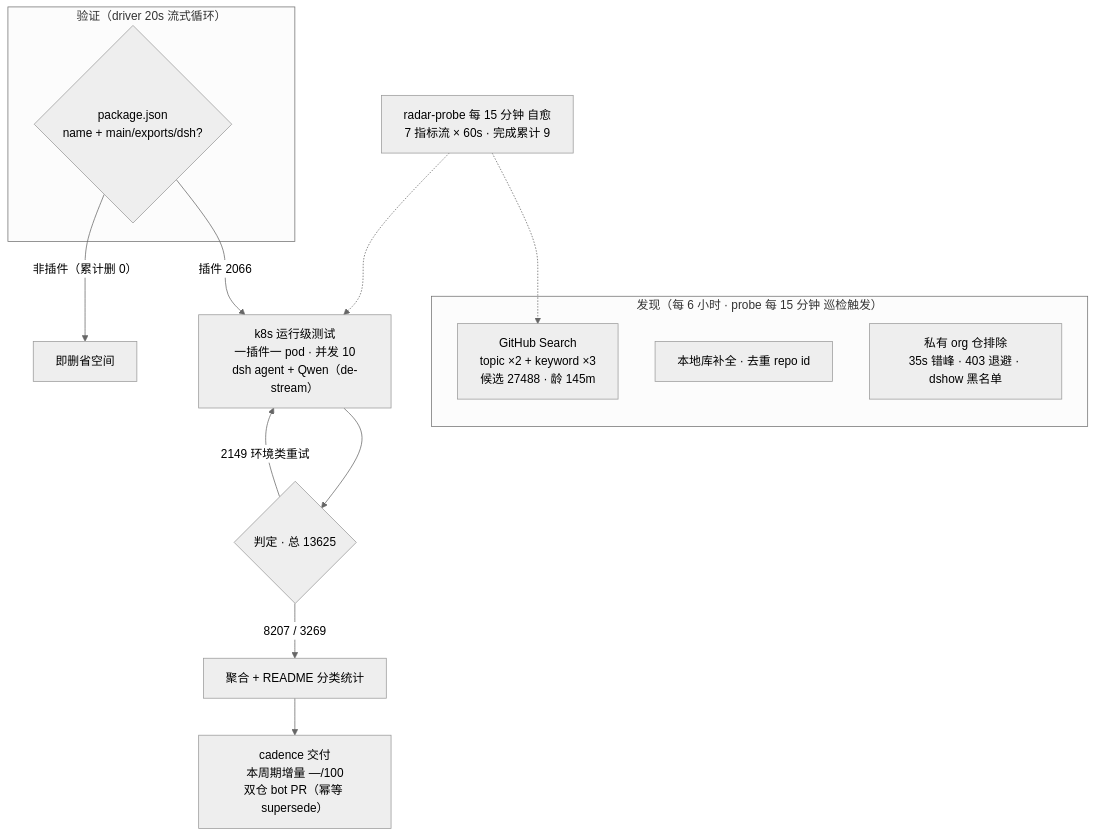
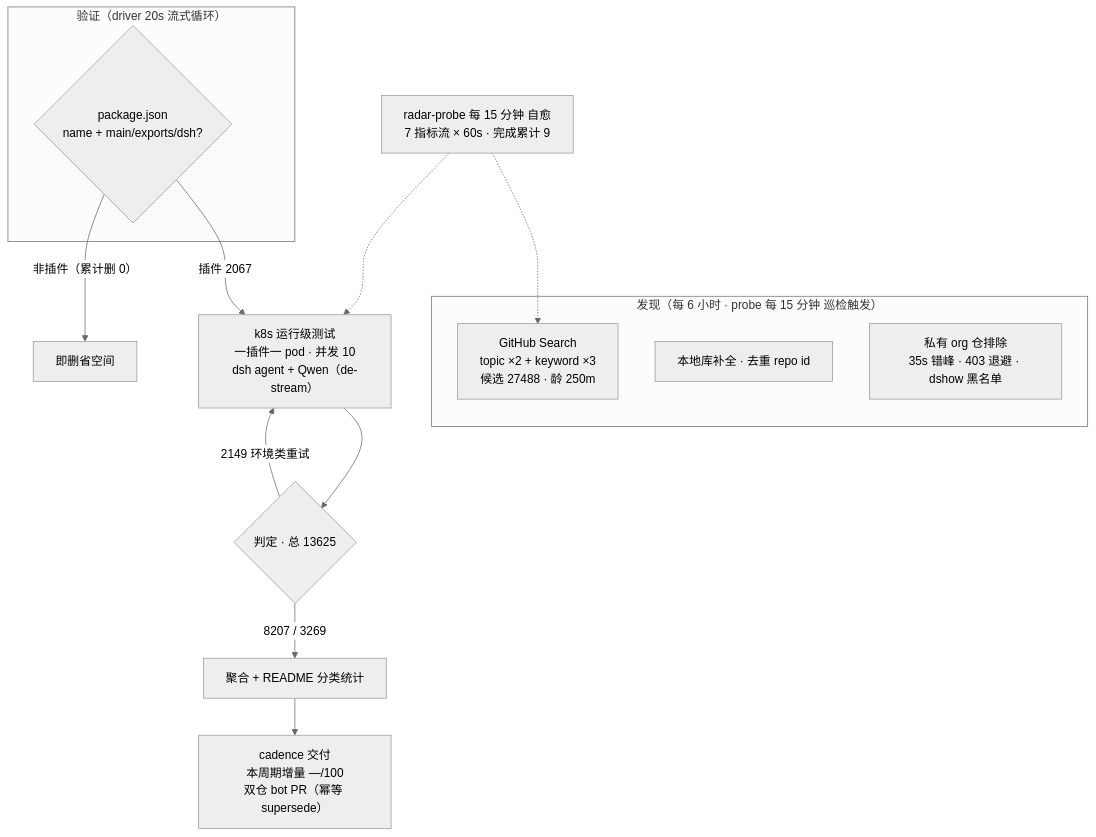
One commit to Zhidao-Lab-OSS/awesome-dsh-plugins changed the diagram in README.md. Above: the diagram before and after it, drawn with Mermaid (neutral theme). The commit also changed other lines of this file and 1 other file, not shown here.

````diff
--- a/README.md
+++ b/README.md
@@ -54,20 +54,20 @@
 ```mermaid
 flowchart TB
     subgraph Discovery["发现（每 6 小时 · probe 每 15 分钟 巡检触发）"]
-        A1["GitHub Search<br/>topic ×2 + keyword ×3<br/>候选 27488 · 龄 145m"]
+        A1["GitHub Search<br/>topic ×2 + keyword ×3<br/>候选 27488 · 龄 250m"]
         A2["本地库补全 · 去重 repo id"]
         A3["私有 org 仓排除<br/>35s 错峰 · 403 退避 · dshow 黑名单"]
     end
     subgraph Validation["验证（driver 20s 流式循环）"]
         B1{"package.json<br/>name + main/exports/dsh?"}
     end
-    B1 -->|"插件 2066"| C1["k8s 运行级测试<br/>一插件一 pod · 并发 10<br/>dsh agent + Qwen（de-stream）"]
+    B1 -->|"插件 2067"| C1["k8s 运行级测试<br/>一插件一 pod · 并发 10<br/>dsh agent + Qwen（de-stream）"]
     B1 -->|"非插件（累计删 0）"| B3["即删省空间"]
     C1 --> D1{"判定 · 总 13625"}
     D1 -->|"8207 / 3269"| E1["聚合 + README 分类统计"]
     D1 -->|"2149 环境类重试"| C1
     E1 --> E2["cadence 交付<br/>本周期增量 —/100<br/>双仓 bot PR（幂等 supersede）"]
     M["radar-probe 每 15 分钟 自愈<br/>7 指标流 × 60s · 完成累计 9"]
     M -.-> A1
     M -.-> C1
 ```
````
